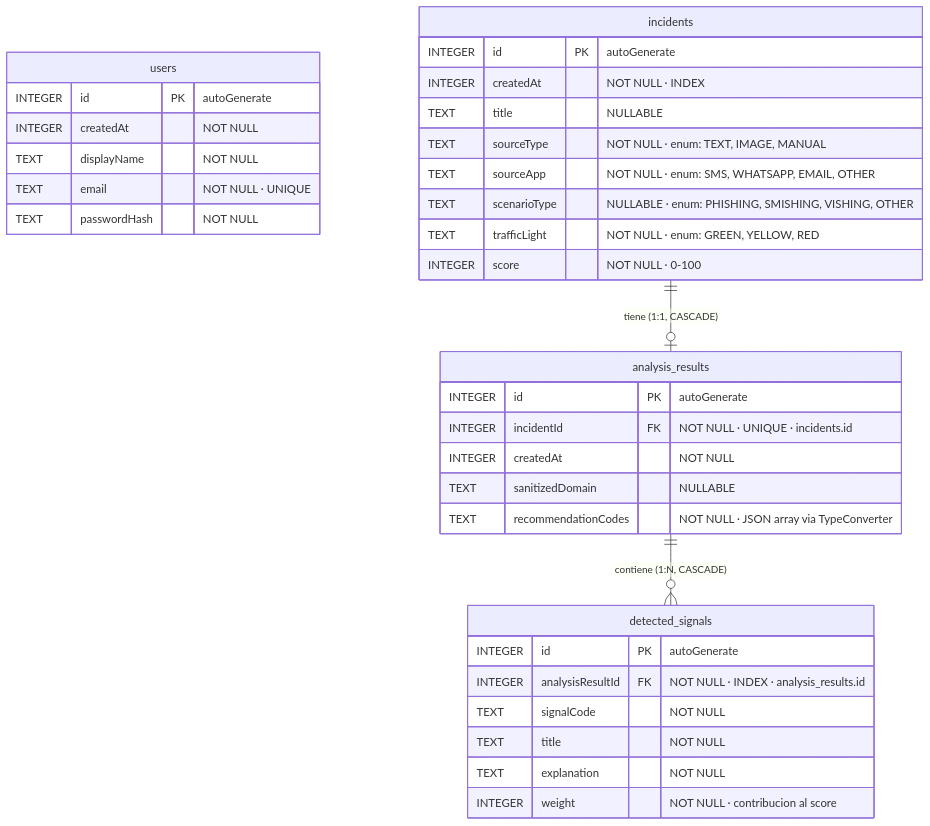
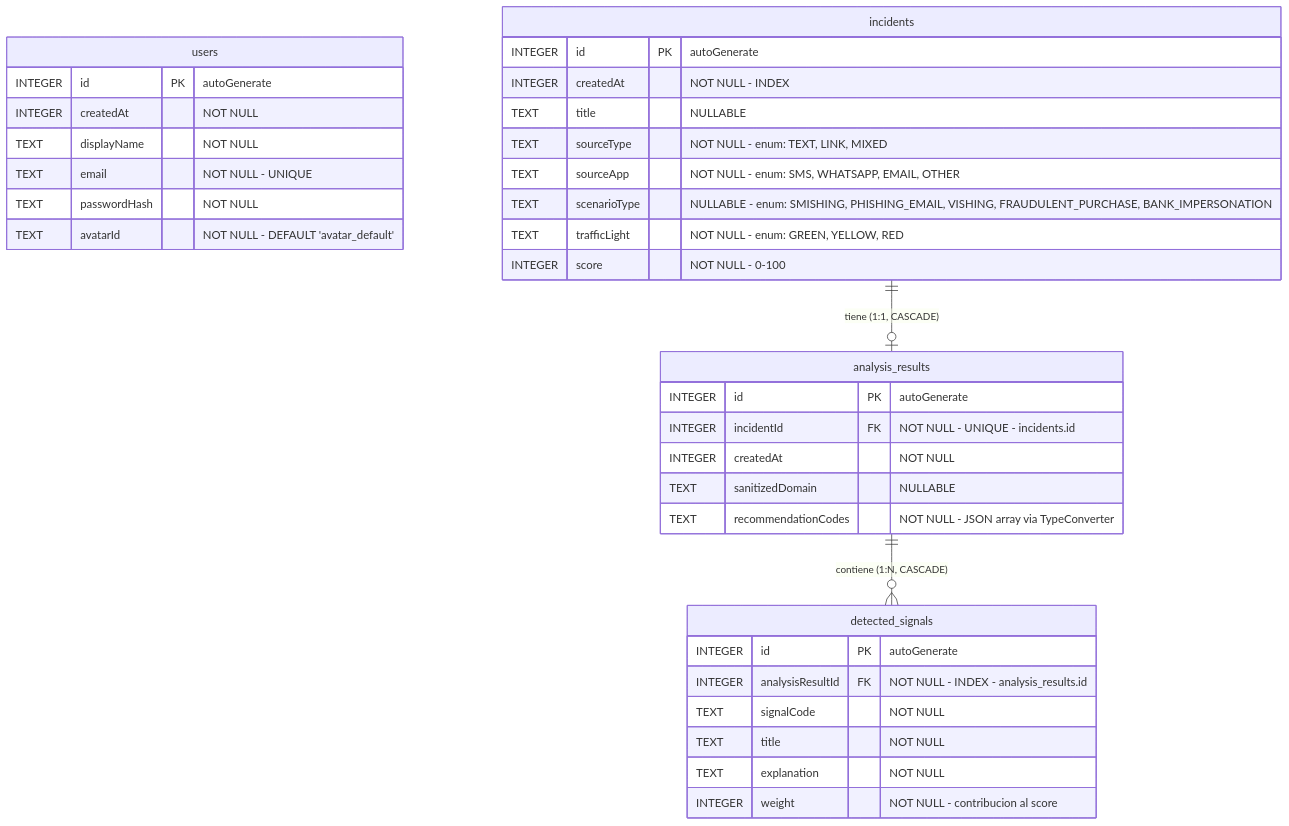
The diagram in docs/Modelo_ER.md (estefaniajm94/Proyecto-final), drawn with Mermaid before and after one commit. The commit also changed other lines of this file and 3 other files, not shown here.

````diff
--- a/docs/Modelo_ER.md
+++ b/docs/Modelo_ER.md
@@ -9,42 +15,43 @@
 ```mermaid
 erDiagram
 
     users {
         INTEGER id              PK  "autoGenerate"
         INTEGER createdAt           "NOT NULL"
         TEXT    displayName         "NOT NULL"
-        TEXT    email               "NOT NULL · UNIQUE"
+        TEXT    email               "NOT NULL - UNIQUE"
         TEXT    passwordHash        "NOT NULL"
+        TEXT    avatarId            "NOT NULL - DEFAULT 'avatar_default'"
     }
 
     incidents {
         INTEGER id          PK  "autoGenerate"
-        INTEGER createdAt       "NOT NULL · INDEX"
+        INTEGER createdAt       "NOT NULL - INDEX"
         TEXT    title           "NULLABLE"
-        TEXT    sourceType      "NOT NULL · enum: TEXT, IMAGE, MANUAL"
-        TEXT    sourceApp       "NOT NULL · enum: SMS, WHATSAPP, EMAIL, OTHER"
-        TEXT    scenarioType    "NULLABLE · enum: PHISHING, SMISHING, VISHING, OTHER"
-        TEXT    trafficLight    "NOT NULL · enum: GREEN, YELLOW, RED"
-        INTEGER score           "NOT NULL · 0-100"
+        TEXT    sourceType      "NOT NULL - enum: TEXT, LINK, MIXED"
+        TEXT    sourceApp       "NOT NULL - enum: SMS, WHATSAPP, EMAIL, OTHER"
+        TEXT    scenarioType    "NULLABLE - enum: SMISHING, PHISHING_EMAIL, VISHING, FRAUDULENT_PURCHASE, BANK_IMPERSONATION"
+        TEXT    trafficLight    "NOT NULL - enum: GREEN, YELLOW, RED"
+        INTEGER score           "NOT NULL - 0-100"
     }
 
     analysis_results {
         INTEGER id                  PK  "autoGenerate"
-        INTEGER incidentId          FK  "NOT NULL · UNIQUE · incidents.id"
+        INTEGER incidentId          FK  "NOT NULL - UNIQUE - incidents.id"
         INTEGER createdAt               "NOT NULL"
         TEXT    sanitizedDomain         "NULLABLE"
-        TEXT    recommendationCodes     "NOT NULL · JSON array via TypeConverter"
+        TEXT    recommendationCodes     "NOT NULL - JSON array via TypeConverter"
     }
 
     detected_signals {
         INTEGER id                  PK  "autoGenerate"
-        INTEGER analysisResultId    FK  "NOT NULL · INDEX · analysis_results.id"
+        INTEGER analysisResultId    FK  "NOT NULL - INDEX - analysis_results.id"
         TEXT    signalCode              "NOT NULL"
         TEXT    title                   "NOT NULL"
         TEXT    explanation             "NOT NULL"
-        INTEGER weight                  "NOT NULL · contribucion al score"
+        INTEGER weight                  "NOT NULL - contribucion al score"
     }
 
     incidents        ||--o|  analysis_results  : "tiene (1:1, CASCADE)"
     analysis_results ||--o{  detected_signals  : "contiene (1:N, CASCADE)"
 ```
````
